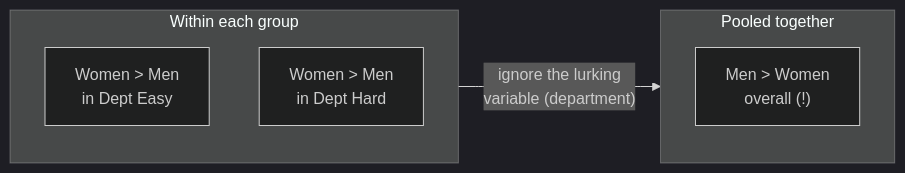
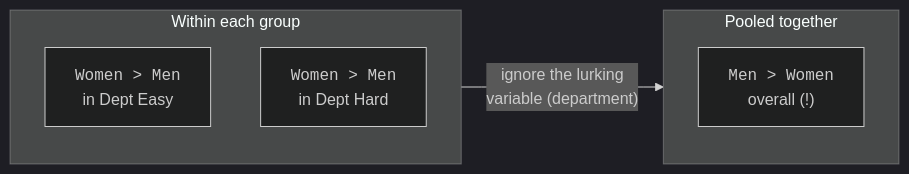
One commit to dataslope/dataslope changed the first of 5 diagrams in content/learn/statistics-for-data-science-python/statistical-fallacies.mdx. Above: the diagram before and after it, drawn with Mermaid (dark theme). The commit also changed 56 other files, not shown here.

````diff
--- a/content/learn/statistics-for-data-science-python/statistical-fallacies.mdx
+++ b/content/learn/statistics-for-data-science-python/statistical-fallacies.mdx
@@ -87,11 +87,11 @@
 ```mermaid
 flowchart LR
   subgraph WITHIN["Within each group"]
-    W1["Women > Men<br/>in Dept Easy"]
-    W2["Women > Men<br/>in Dept Hard"]
+    W1["<code>Women &gt; Men</code><br/>in Dept Easy"]
+    W2["<code>Women &gt; Men</code><br/>in Dept Hard"]
   end
   subgraph POOLED["Pooled together"]
-    P1["Men > Women<br/>overall (!)"]
+    P1["<code>Men &gt; Women</code><br/>overall (!)"]
   end
   WITHIN -->|"ignore the lurking<br/>variable (department)"| POOLED
 ```
````
